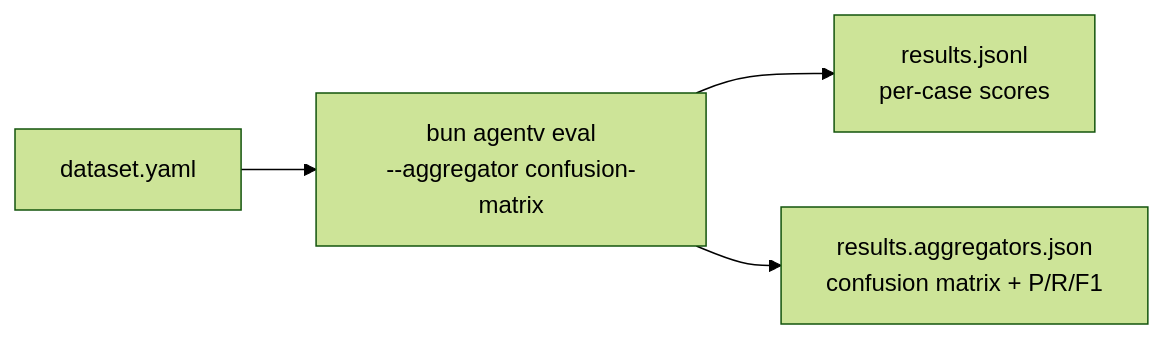
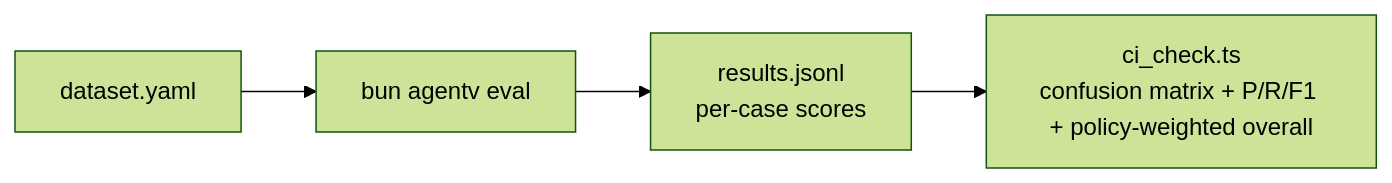
One commit to EntityProcess/agentv changed the first of 2 diagrams in examples/showcase/export-screening/README.md. Above: the diagram before and after it, drawn with Mermaid (forest theme). The commit also changed other lines of this file and 19 other files, not shown here.

````diff
--- a/examples/showcase/export-screening/README.md
+++ b/examples/showcase/export-screening/README.md
@@ -122,6 +56,6 @@
 ```mermaid
 flowchart LR
-    A[dataset.yaml] --> B[bun agentv eval<br/>--aggregator confusion-matrix]
+    A[dataset.yaml] --> B[bun agentv eval]
     B --> C[results.jsonl<br/>per-case scores]
-    B --> D[results.aggregators.json<br/>confusion matrix + P/R/F1]
+    C --> D[ci_check.ts<br/>confusion matrix + P/R/F1 + policy-weighted overall]
 ```
````
